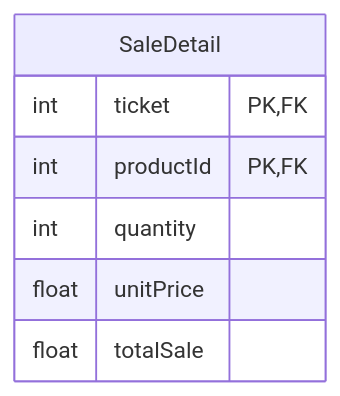
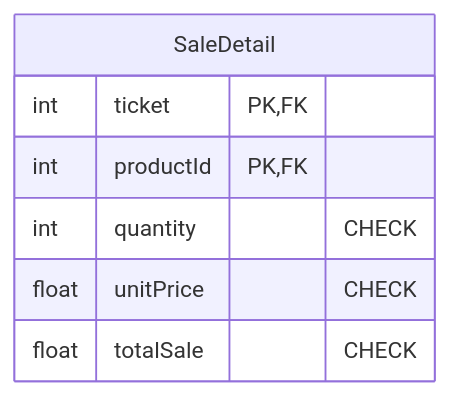
Diagram 29 of 29 in 4to-Cuatrimestre/fundamentos-base-datos/proyecto/proyecto.md (rosendocamal/homeworks), drawn with Mermaid before and after one commit. The commit also changed other lines of this file, not shown here.

````diff
--- a/4to-Cuatrimestre/fundamentos-base-datos/proyecto/proyecto.md
+++ b/4to-Cuatrimestre/fundamentos-base-datos/proyecto/proyecto.md
@@ -538,10 +507,10 @@
 ```mermaid
 erDiagram
 	SaleDetail {
 		int ticket PK,FK
 		int productId PK,FK
-		int quantity
-		float unitPrice
-		float totalSale
+		int quantity "CHECK"
+		float unitPrice "CHECK"
+		float totalSale "CHECK"
 	}
 ```
````
